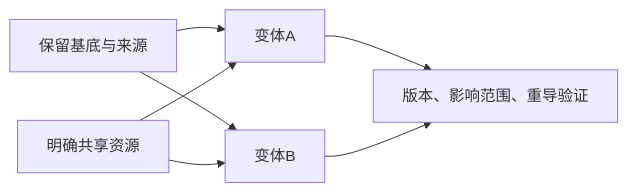
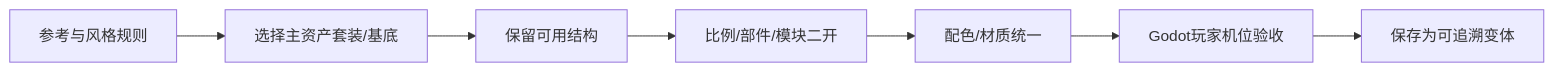
The diagram in curriculum/dialogues/D03.md (Zilur/ai-3d-game-learning), drawn with Mermaid before and after one commit. The commit also changed other lines of this file and 57 other files, not shown here.

````diff
--- a/curriculum/dialogues/D03.md
+++ b/curriculum/dialogues/D03.md
@@ -27,9 +27,9 @@
 ```mermaid
 flowchart LR
- B["保留基底与来源"] --> V1["变体A"]
- B --> V2["变体B"]
- R["明确共享资源"] --> V1
- R --> V2
- V1 --> Q["版本、影响范围、重导验证"]
- V2 --> Q
+  R["参考与风格规则"] --> K["选择主资产套装/基底"]
+  K --> B["保留可用结构"]
+  B --> M["比例/部件/模块二开"]
+  M --> P["配色/材质统一"]
+  P --> G["Godot玩家机位验收"]
+  G --> L["保存为可追溯变体"]
 ```
````
